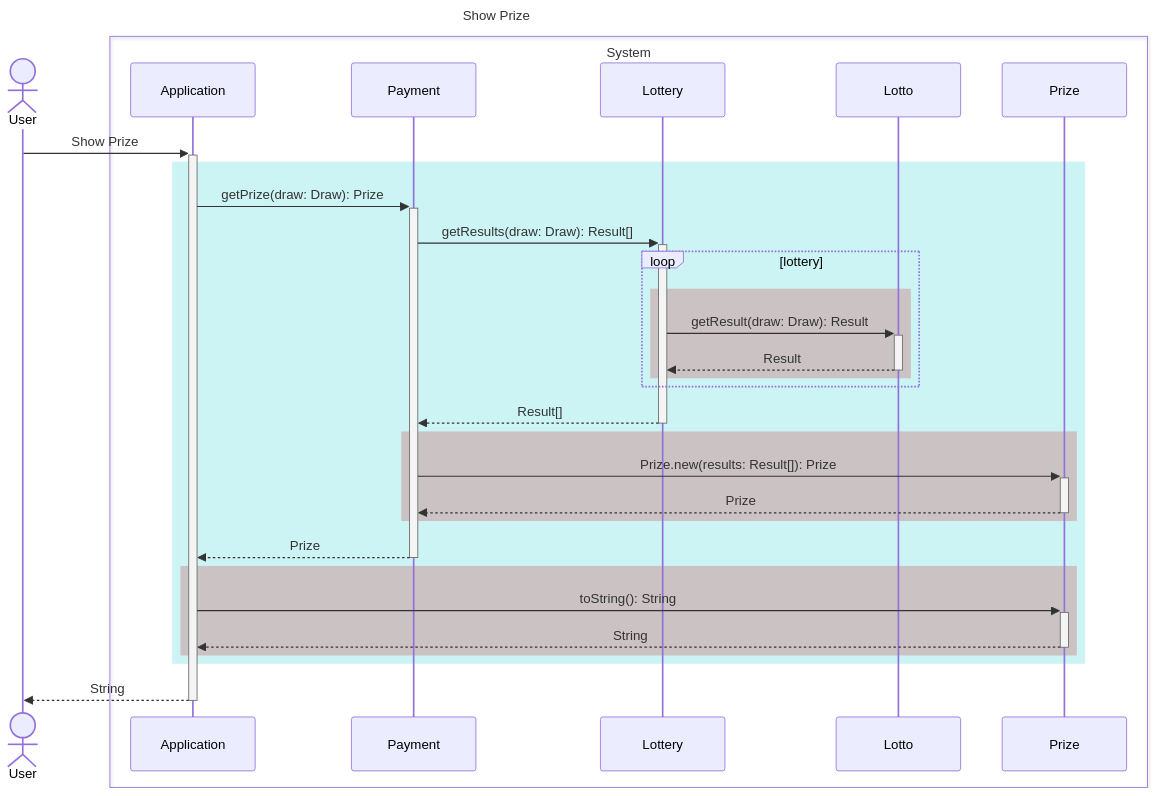
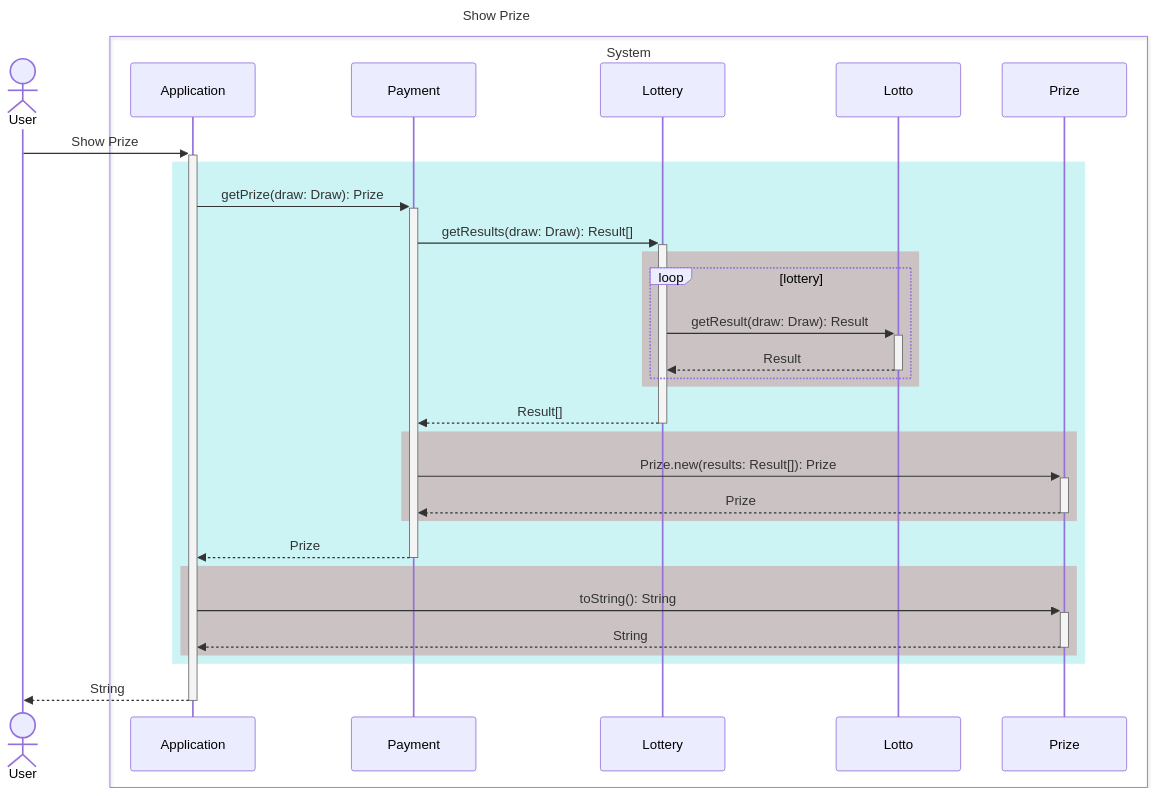
One commit to gdsc-konkuk/23-24_study_2nd_java-lotto-6 changed the fifth of 6 diagrams in docs/README.md. Above: the diagram before and after it, drawn with Mermaid. The commit also changed other lines of this file and 11 other files, not shown here.

````diff
--- a/docs/README.md
+++ b/docs/README.md
@@ -235,40 +249,40 @@
 ```mermaid
 ---
 title: Show Prize
 ---
 sequenceDiagram
     actor User
     box System
         participant Application
         participant Payment
         participant Lottery
         participant Lotto
         participant Prize
     end
 
     User ->>+ Application: Show Prize
     rect rgb(0, 200, 200, 0.2)
         Application ->>+ Payment: getPrize(draw: Draw): Prize
         Payment ->>+ Lottery: getResults(draw: Draw): Result[]
 
-        loop lottery
-            rect rgb(200, 0, 0, 0.2)
+        rect rgb(200, 0, 0, 0.2)
+            loop lottery
                 Lottery ->>+ Lotto: getResult(draw: Draw): Result
                 Lotto -->>- Lottery: Result
             end
         end
         Lottery -->>- Payment: Result[]
 
         rect rgb(200, 0, 0, 0.2)
             Payment ->>+ Prize: Prize.new(results: Result[]): Prize
             Prize -->>- Payment: Prize
         end
         Payment -->>- Application: Prize
 
         rect rgb(200, 0, 0, 0.2)
             Application ->>+ Prize: toString(): String
             Prize -->>- Application: String
         end
     end
     Application -->>- User: String
 ```
````
